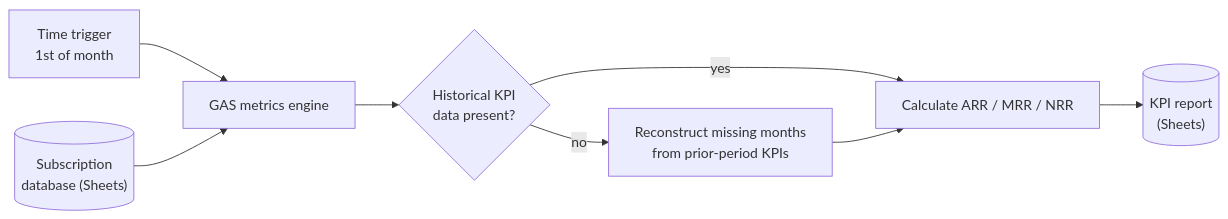
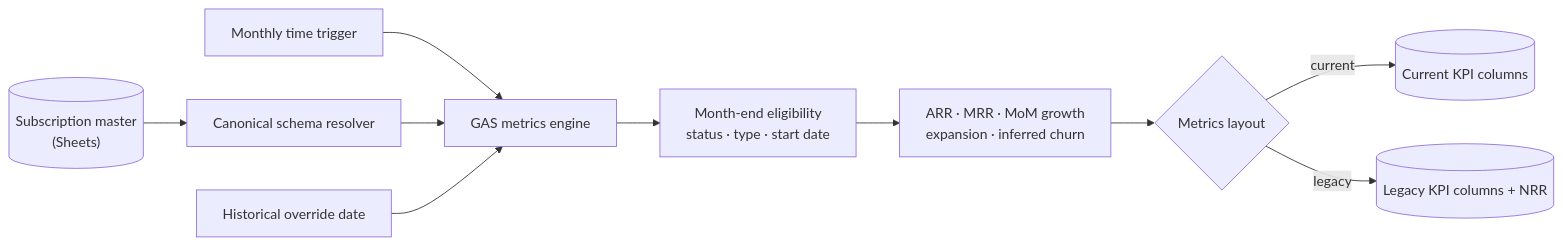
Before and after one commit to MatthiasBusscher/automation-portfolio: the diagram in case-studies/01-recurring-metrics-engine.md, drawn with Mermaid. The commit also changed other lines of this file and 2 other files, not shown here.

Commit message:
Update subscription billing case studies

````diff
--- a/case-studies/01-recurring-metrics-engine.md
+++ b/case-studies/01-recurring-metrics-engine.md
@@ -13,10 +15,12 @@
 ```mermaid
 flowchart LR
-    CRON["Time trigger<br/>1st of month"] --> ENGINE["GAS metrics engine"]
-    DB[("Subscription<br/>database (Sheets)")] --> ENGINE
-    ENGINE --> CHECK{"Historical KPI<br/>data present?"}
-    CHECK -- yes --> CALC["Calculate ARR / MRR / NRR"]
-    CHECK -- no --> RECON["Reconstruct missing months<br/>from prior-period KPIs"]
-    RECON --> CALC
-    CALC --> OUT[("KPI report<br/>(Sheets)")]
+    CRON["Monthly time trigger"] --> ENGINE["GAS metrics engine"]
+    DB[("Subscription master<br/>(Sheets)")] --> SCHEMA["Canonical schema resolver"]
+    SCHEMA --> ENGINE
+    ENGINE --> FILTER["Month-end eligibility<br/>status · type · start date"]
+    FILTER --> CALC["ARR · MRR · MoM growth<br/>expansion · inferred churn"]
+    CALC --> LAYOUT{"Metrics layout"}
+    LAYOUT -- current --> CURRENT[("Current KPI columns")]
+    LAYOUT -- legacy --> LEGACY[("Legacy KPI columns + NRR")]
+    HISTORY["Historical override date"] --> ENGINE
 ```
````
